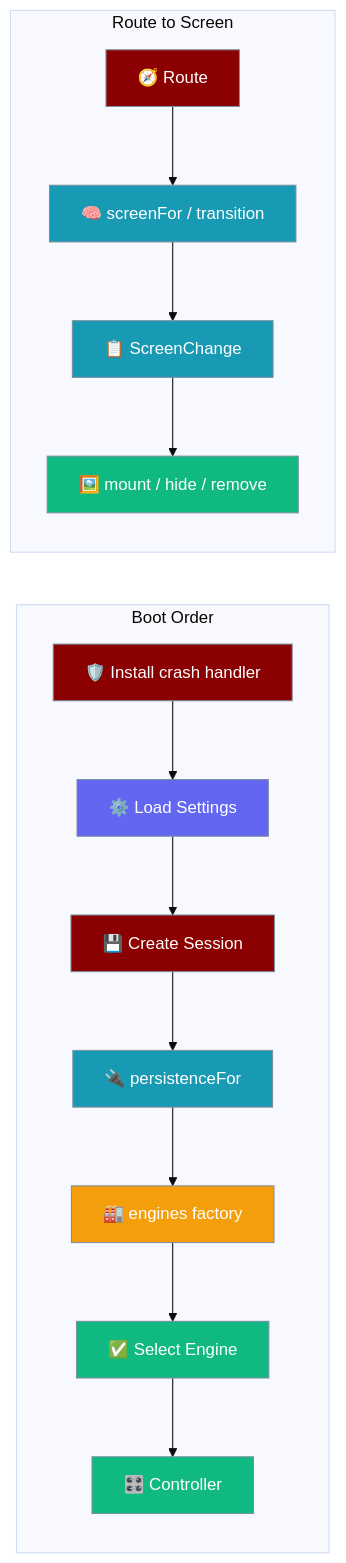
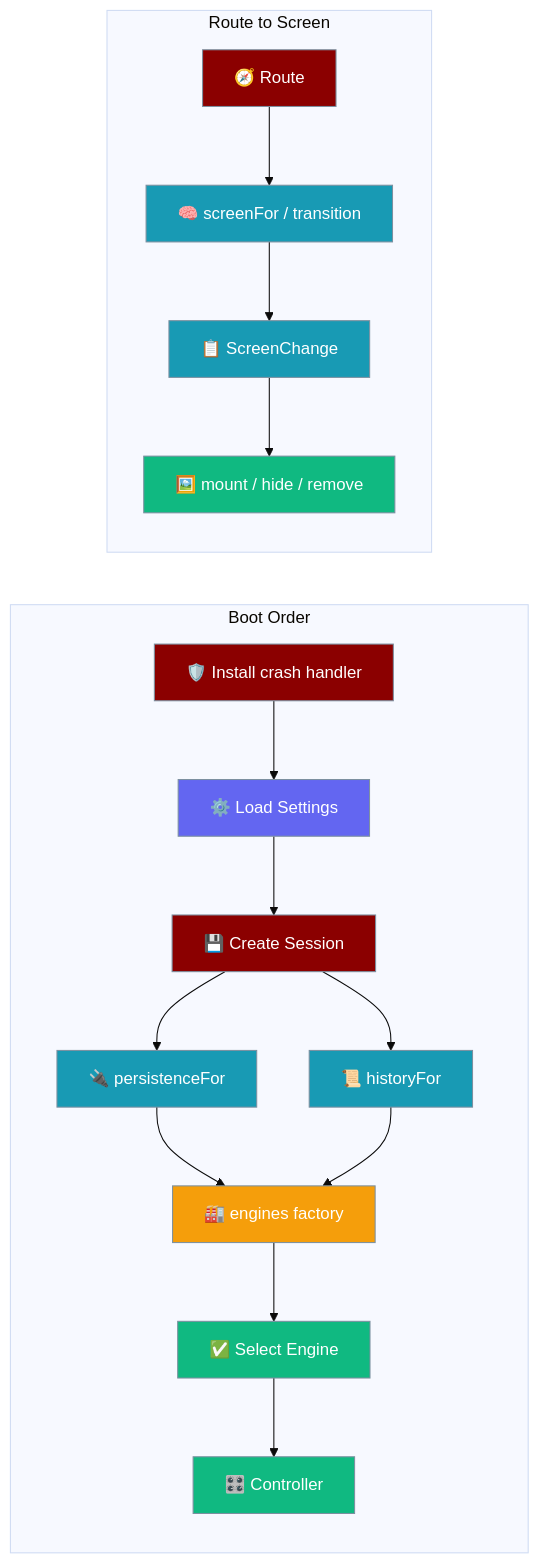
The first of 8 diagrams in docs/features/mobile/architecture.mdx (MervinPraison/PraisonAIDocs), drawn with Mermaid (base theme) before and after one commit. The commit also changed other lines of this file and 4 other files, not shown here.

````diff
--- a/docs/features/mobile/architecture.mdx
+++ b/docs/features/mobile/architecture.mdx
@@ -18,36 +18,39 @@
 ```mermaid
 graph LR
     subgraph "Boot Order"
         Crash[🛡️ Install crash handler] --> S[⚙️ Load Settings]
         S --> Se[💾 Create Session]
         Se --> P[🔌 persistenceFor]
+        Se --> H[📜 historyFor]
         P --> E[🏭 engines factory]
+        H --> E
         E --> Sel[✅ Select Engine]
         Sel --> C[🎛️ Controller]
     end
 
     subgraph "Route to Screen"
         Route[🧭 Route] --> Decide[🧠 screenFor / transition]
         Decide --> Change[📋 ScreenChange]
         Change --> Mount[🖼️ mount / hide / remove]
     end
 
     classDef settings fill:#6366F1,stroke:#7C90A0,color:#fff
     classDef store fill:#8B0000,stroke:#7C90A0,color:#fff
     classDef bridge fill:#189AB4,stroke:#7C90A0,color:#fff
     classDef factory fill:#F59E0B,stroke:#7C90A0,color:#fff
     classDef done fill:#10B981,stroke:#7C90A0,color:#fff
     classDef input fill:#8B0000,stroke:#7C90A0,color:#fff
     classDef process fill:#189AB4,stroke:#7C90A0,color:#fff
     classDef output fill:#10B981,stroke:#7C90A0,color:#fff
 
     class Crash store
     class S settings
     class Se store
     class P bridge
+    class H bridge
     class E factory
     class Sel,C done
     class Route input
     class Decide,Change process
     class Mount output
 ```
````
